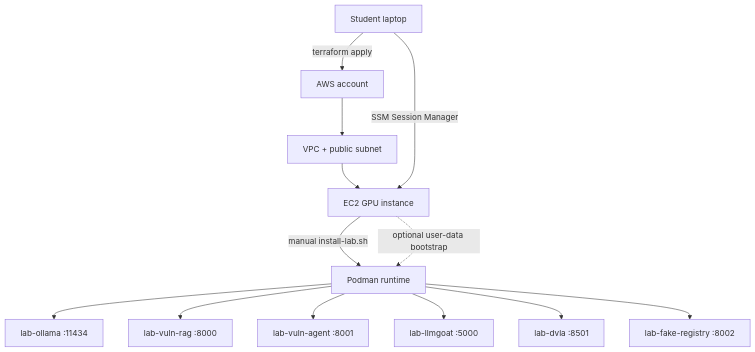
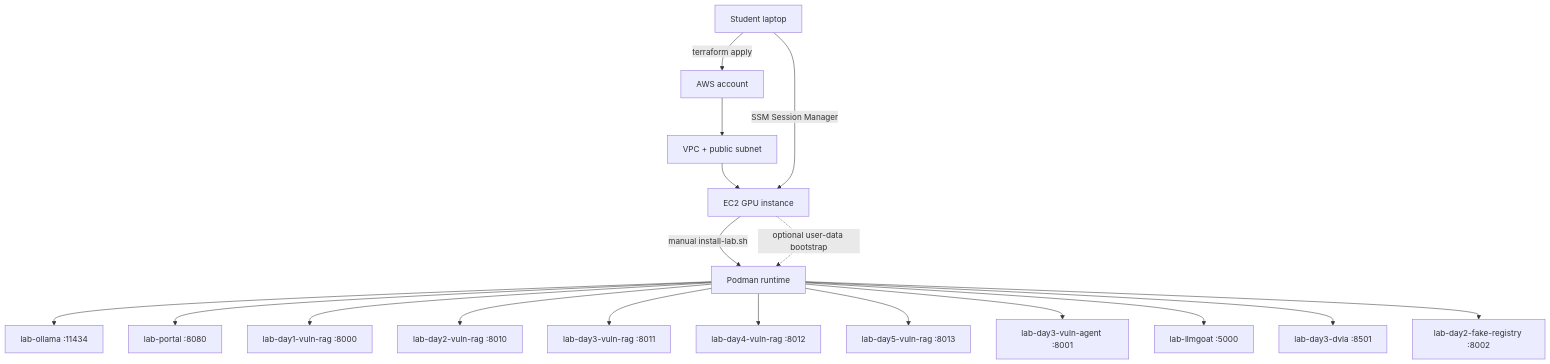
Before and after one commit to gasbugs/owasp-llm-lab-setup-guide: the diagram in docs/ARCHITECTURE.md, drawn with Mermaid. The commit also changed other lines of this file and 23 other files, not shown here.

````diff
--- a/docs/ARCHITECTURE.md
+++ b/docs/ARCHITECTURE.md
@@ -5,15 +5,20 @@
 ```mermaid
 flowchart TD
   A["Student laptop"] -->|"terraform apply"| B["AWS account"]
   B --> C["VPC + public subnet"]
   C --> D["EC2 GPU instance"]
   A -->|"SSM Session Manager"| D
   D -->|"manual install-lab.sh"| E["Podman runtime"]
   D -. "optional user-data bootstrap" .-> E
   E --> F["lab-ollama :11434"]
-  E --> G["lab-vuln-rag :8000"]
-  E --> H["lab-vuln-agent :8001"]
+  E --> P["lab-portal :8080"]
+  E --> G1["lab-day1-vuln-rag :8000"]
+  E --> G2["lab-day2-vuln-rag :8010"]
+  E --> G3["lab-day3-vuln-rag :8011"]
+  E --> G4["lab-day4-vuln-rag :8012"]
+  E --> G5["lab-day5-vuln-rag :8013"]
+  E --> H["lab-day3-vuln-agent :8001"]
   E --> I["lab-llmgoat :5000"]
-  E --> J["lab-dvla :8501"]
-  E --> K["lab-fake-registry :8002"]
+  E --> J["lab-day3-dvla :8501"]
+  E --> K["lab-day2-fake-registry :8002"]
 ```
````
